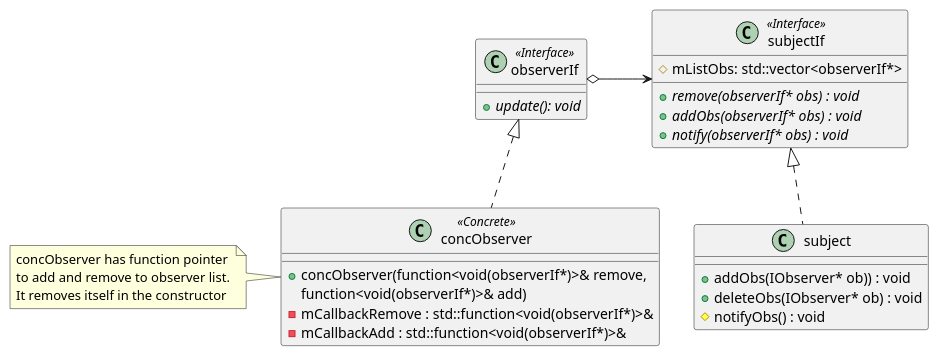
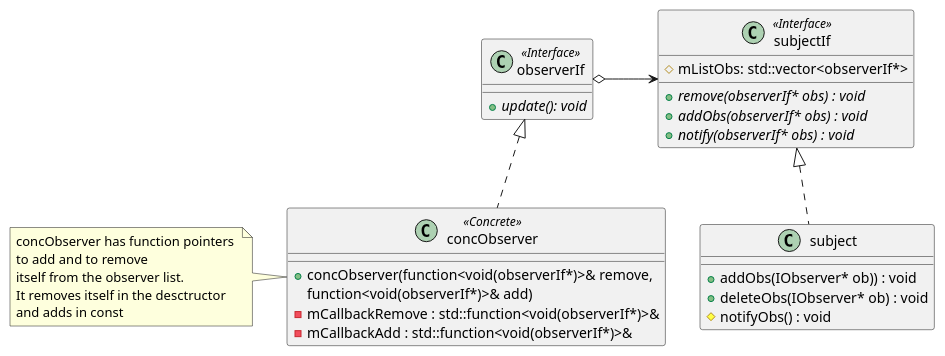
One commit to PhysicsX/DesignPatterns changed the diagram in Behavioral/ObserverPattern/Loosely-Coupled/UML/Instance.puml. Above: the diagram before and after it, drawn with PlantUML.

Commit message:
Correct uml note

```diff
--- a/Behavioral/ObserverPattern/Loosely-Coupled/UML/Instance.puml
+++ b/Behavioral/ObserverPattern/Loosely-Coupled/UML/Instance.puml
@@ -1,38 +1,38 @@
 @startuml
 
 class observerIf<<Interface>>
 {
 + {abstract} update(): void
 }
 
 class concObserver  << Concrete >>{
 + concObserver(function<void(observerIf*)>& remove,
 function<void(observerIf*)>& add)
 - mCallbackRemove : std::function<void(observerIf*)>&
 - mCallbackAdd : std::function<void(observerIf*)>&
 
 }
 observerIf <|.. concObserver
 
-note left: concObserver has function pointer \nto add and remove to observer list.\nIt removes itself in the constructor
+note left: concObserver has function pointers \nto add and to remove \nitself from the observer list.\nIt removes itself in the desctructor\nand adds in const
 
 
 class subjectIf<<Interface>>
 {
 + {abstract} remove(observerIf* obs) : void 
 + {abstract} addObs(observerIf* obs) : void
 + {abstract} notify(observerIf* obs) : void
 # mListObs: std::vector<observerIf*>
 }
 
 class subject{
 + addObs(IObserver* ob)) : void 
 + deleteObs(IObserver* ob) : void
 # notifyObs() : void
 }
 
 subjectIf <|.. subject
 
 observerIf o--right-> subjectIf 
 
 @enduml
```
